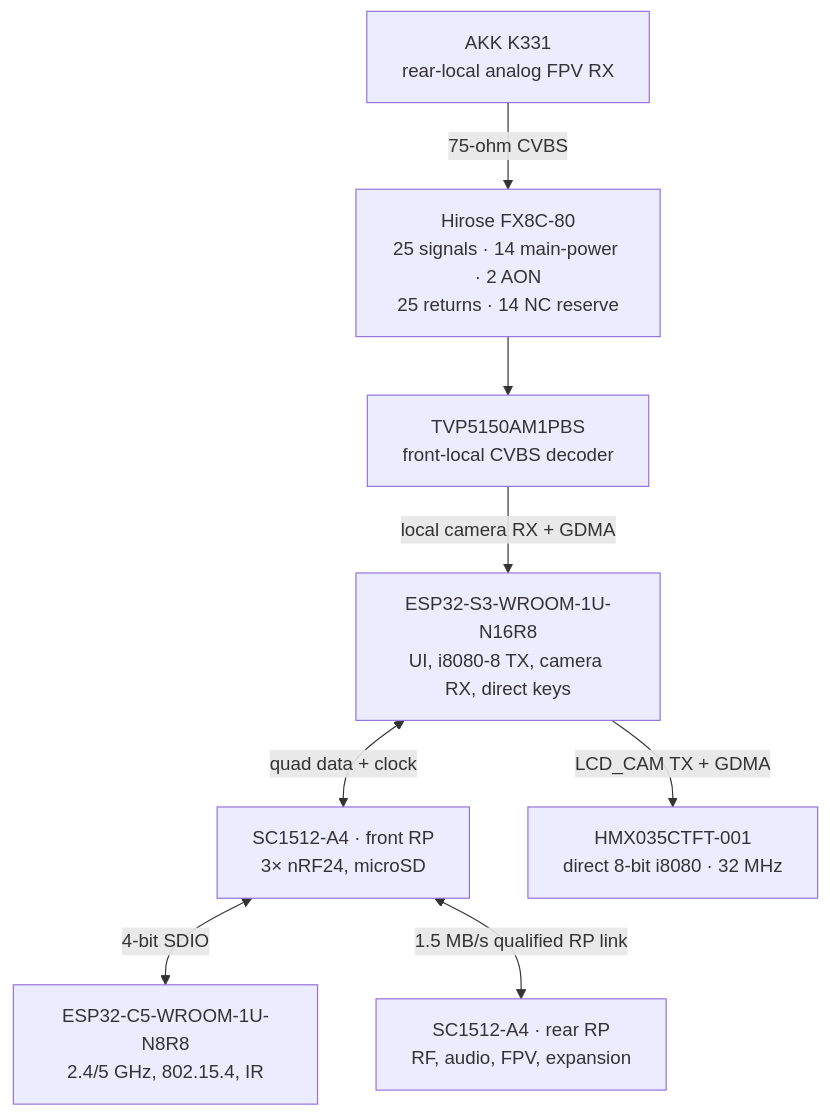
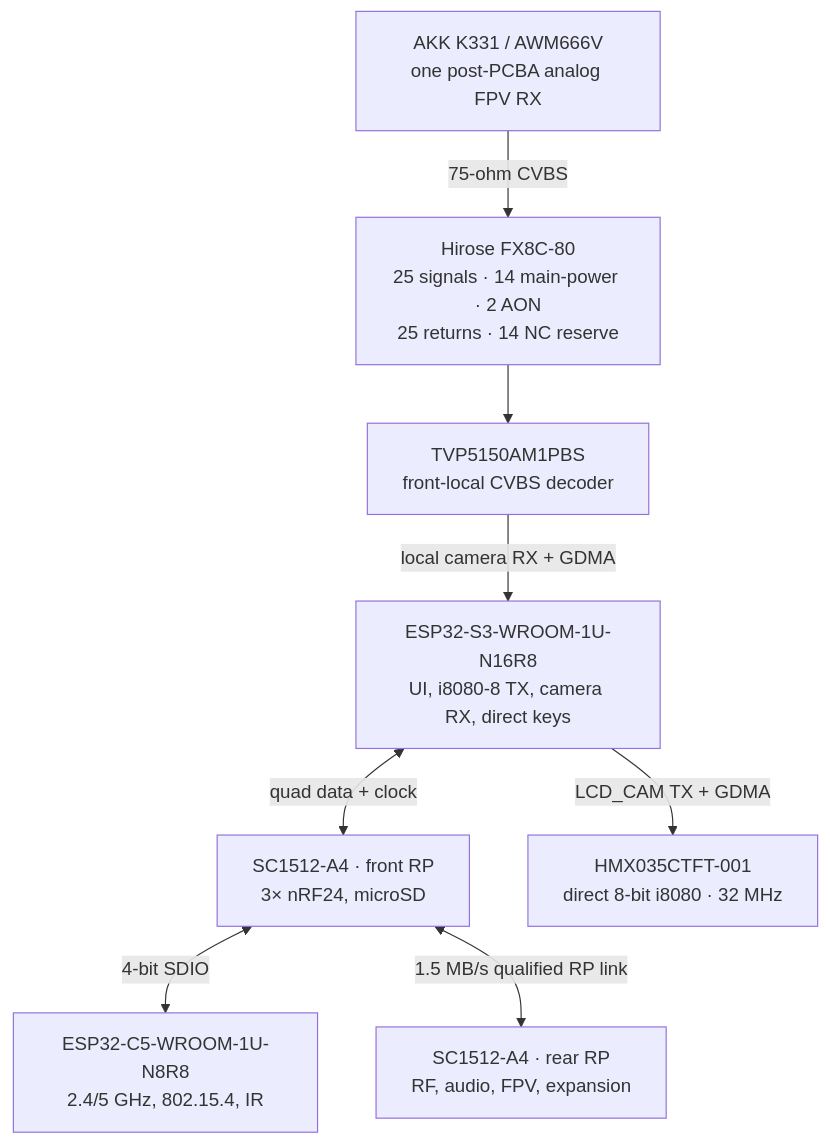
Before and after one commit to anton-vinogradov/esp32-leshy2: the diagram in docs/schematics.md, drawn with Mermaid. The commit also changed other lines of this file and 40 other files, not shown here.

````diff
--- a/docs/schematics.md
+++ b/docs/schematics.md
@@ -23,19 +23,19 @@
 ```mermaid
 flowchart TD
   S3["ESP32-S3-WROOM-1U-N16R8<br/>UI, i8080-8 TX, camera RX, direct keys"]
   C5["ESP32-C5-WROOM-1U-N8R8<br/>2.4/5 GHz, 802.15.4, IR"]
   FRP["SC1512-A4 · front RP<br/>3× nRF24, microSD"]
   RRP["SC1512-A4 · rear RP<br/>RF, audio, FPV, expansion"]
   TVP["TVP5150AM1PBS<br/>front-local CVBS decoder"]
-  K331["AKK K331<br/>rear-local analog FPV RX"]
+  K331["AKK K331 / AWM666V<br/>one post-PCBA analog FPV RX"]
   LCD["HMX035CTFT-001<br/>direct 8-bit i8080 · 32 MHz"]
   M1["Hirose FX8C-80<br/>25 signals · 14 main-power · 2 AON<br/>25 returns · 14 NC reserve"]
 
   S3 -->|"LCD_CAM TX + GDMA"| LCD
   S3 <-->|"quad data + clock"| FRP
   FRP <-->|"4-bit SDIO"| C5
   FRP <-->|"1.5 MB/s qualified RP link"| RRP
   K331 -->|"75-ohm CVBS"| M1
   M1 --> TVP
   TVP -->|"local camera RX + GDMA"| S3
 ```
````
